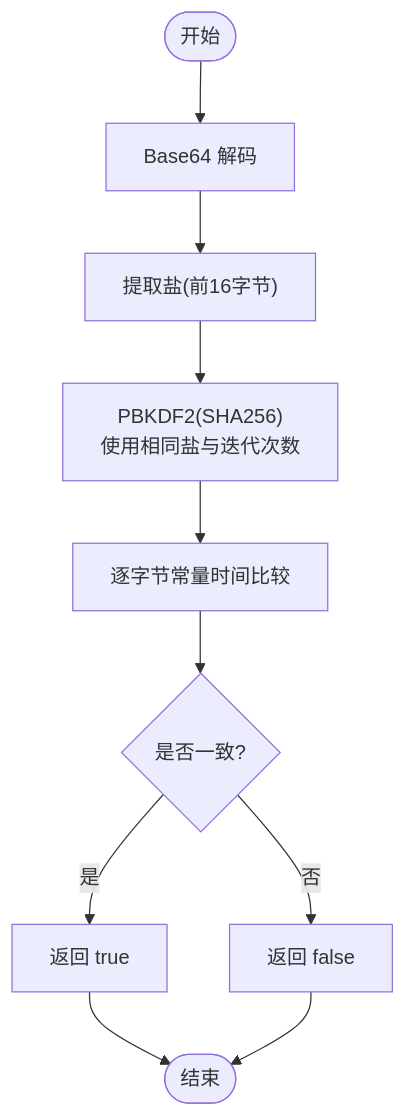
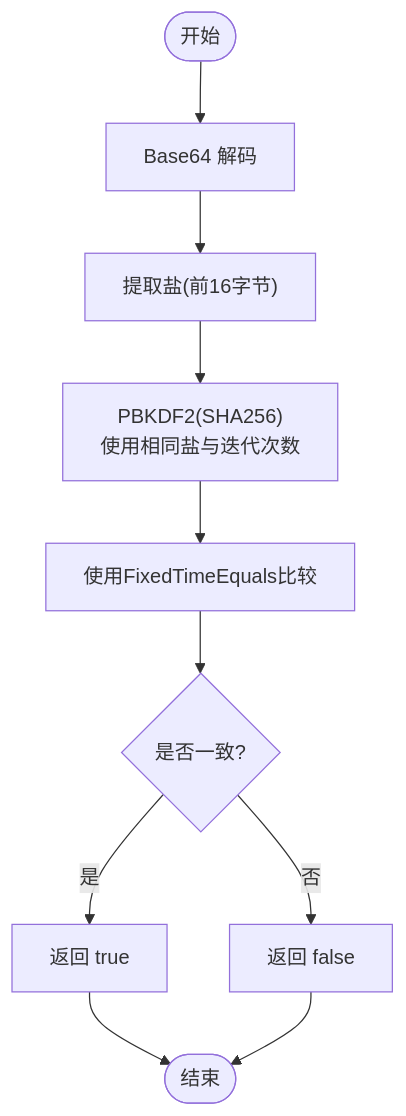
The fourth of 5 diagrams in .qoder/repowiki/zh/content/核心服务架构/密码哈希服务.md (cppsh1t/talearc-backend), drawn with Mermaid before and after one commit. The commit also changed other lines of this file and 7 other files, not shown here.

````diff
--- a/.qoder/repowiki/zh/content/核心服务架构/密码哈希服务.md
+++ b/.qoder/repowiki/zh/content/核心服务架构/密码哈希服务.md
@@ -152,12 +158,12 @@
 ```mermaid
 flowchart TD
 VStart(["开始"]) --> Decode["Base64 解码"]
 Decode --> ExtractSalt["提取盐(前16字节)"]
 ExtractSalt --> Recompute["PBKDF2(SHA256)<br/>使用相同盐与迭代次数"]
-Recompute --> Compare["逐字节常量时间比较"]
+Recompute --> Compare["使用FixedTimeEquals比较"]
 Compare --> Decision{"是否一致?"}
 Decision --> |是| VTrue["返回 true"]
 Decision --> |否| VFalse["返回 false"]
 VTrue --> VEnd(["结束"])
 VFalse --> VEnd
 ```
````
